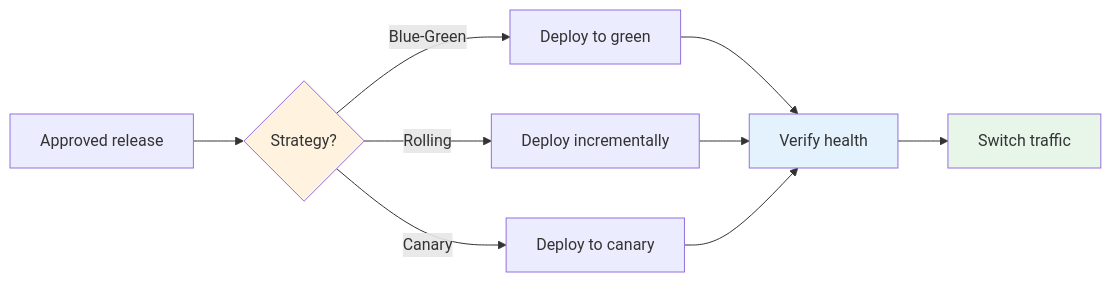
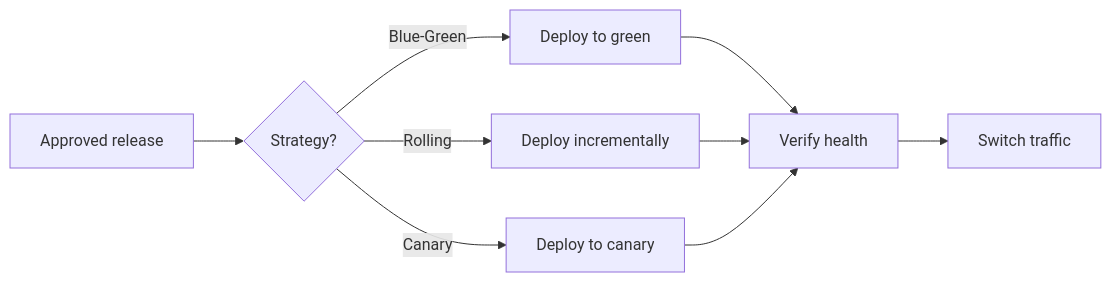
The fourth of 6 diagrams in docs/explanation/continuous-delivery/cd-model/cd-model-stages-7-12.md (ready-to-release/eac), drawn with Mermaid before and after one commit. The commit also changed other lines of this file and 28 other files, not shown here.

````diff
--- a/docs/explanation/continuous-delivery/cd-model/cd-model-stages-7-12.md
+++ b/docs/explanation/continuous-delivery/cd-model/cd-model-stages-7-12.md
@@ -310,18 +301,15 @@
 ```mermaid
 flowchart LR
     Approved[Approved release] --> Strategy{Strategy?}
 
     Strategy -->|Blue-Green| BG[Deploy to green]
     Strategy -->|Rolling| Roll[Deploy incrementally]
     Strategy -->|Canary| Can[Deploy to canary]
 
     BG --> Verify[Verify health]
     Roll --> Verify
     Can --> Verify
 
     Verify --> Switch[Switch traffic]
 
-    style Strategy fill:#fff3e0
-    style Verify fill:#e3f2fd
-    style Switch fill:#e8f5e9
 ```
````
